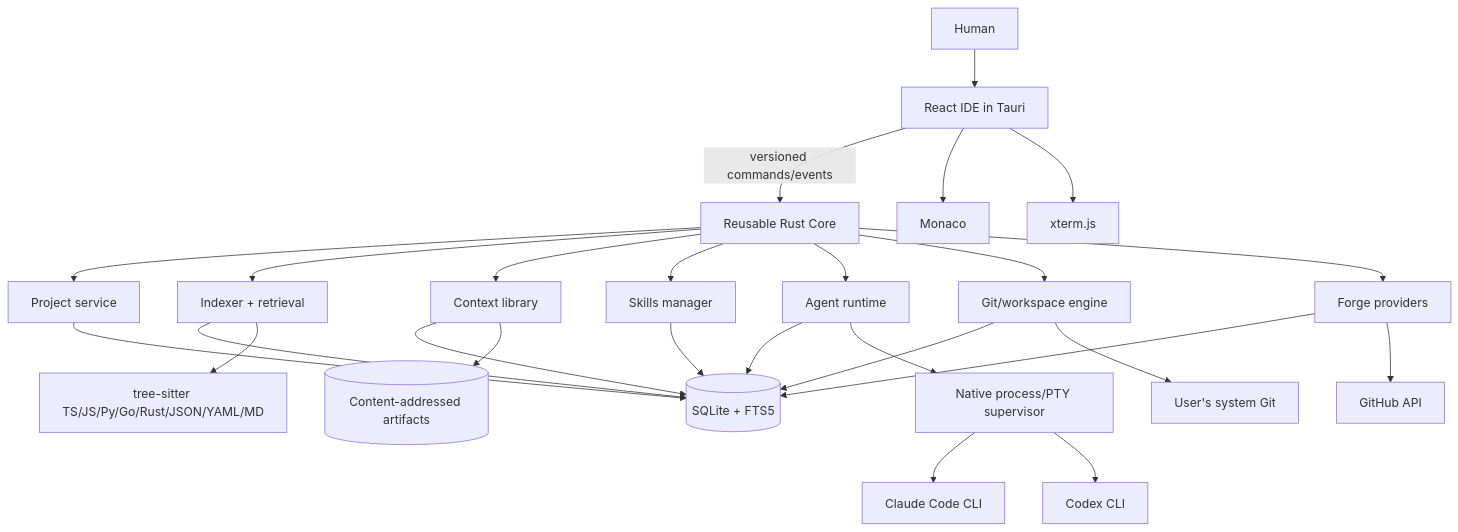
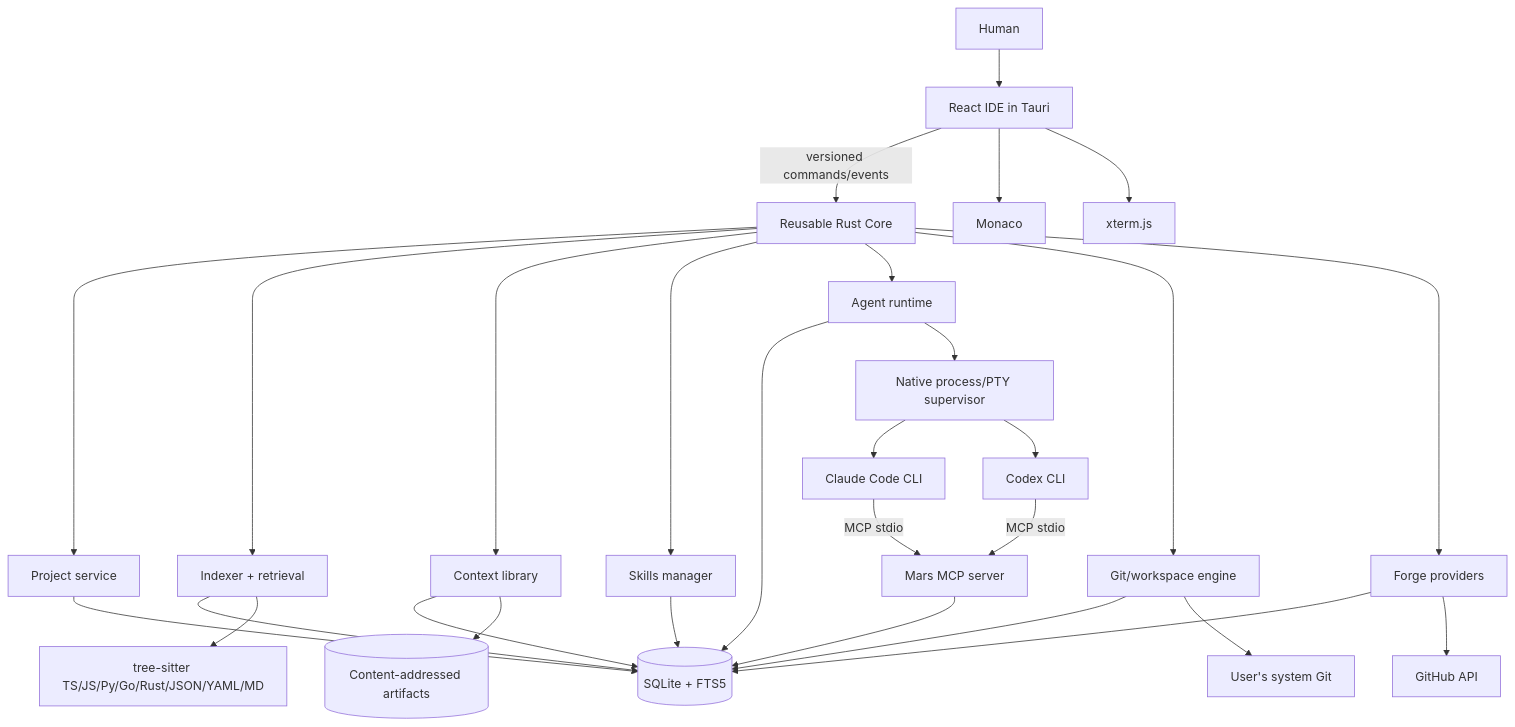
One commit to fayeed/mars changed the first of 2 diagrams in ARCHITECTURE.md. Above: the diagram before and after it, drawn with Mermaid. The commit also changed other lines of this file and 2 other files, not shown here.

````diff
--- a/ARCHITECTURE.md
+++ b/ARCHITECTURE.md
@@ -82,28 +82,31 @@
 ```mermaid
 flowchart TB
   Human --> Desktop[React IDE in Tauri]
   Desktop -->|versioned commands/events| Core[Reusable Rust Core]
   Core --> Projects[Project service]
   Core --> Indexer[Indexer + retrieval]
   Core --> Context[Context library]
   Core --> Skills[Skills manager]
   Core --> Agents[Agent runtime]
   Core --> Workspace[Git/workspace engine]
   Core --> Forge[Forge providers]
   Projects --> DB[(SQLite + FTS5)]
   Indexer --> DB
   Context --> DB
   Context --> Blobs[(Content-addressed artifacts)]
   Skills --> DB
   Agents --> DB
   Workspace --> DB
   Forge --> DB
   Indexer --> Parser[tree-sitter TS/JS/Py/Go/Rust/JSON/YAML/MD]
   Agents --> PTY[Native process/PTY supervisor]
   PTY --> Claude[Claude Code CLI]
   PTY --> Codex[Codex CLI]
+  Claude -->|MCP stdio| MCP[Mars MCP server]
+  Codex -->|MCP stdio| MCP
+  MCP --> DB
   Workspace --> Git[User's system Git]
   Forge --> GitHub[GitHub API]
   Desktop --> Monaco
   Desktop --> Xterm[xterm.js]
 ```
````
